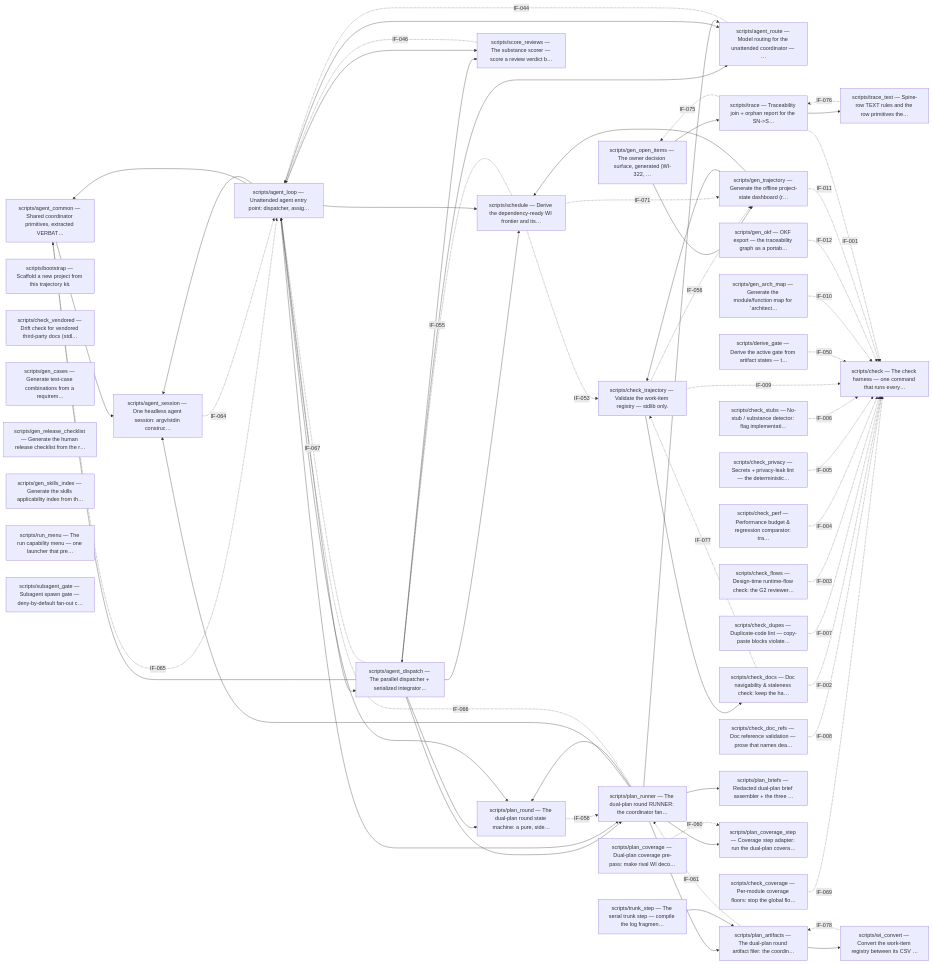
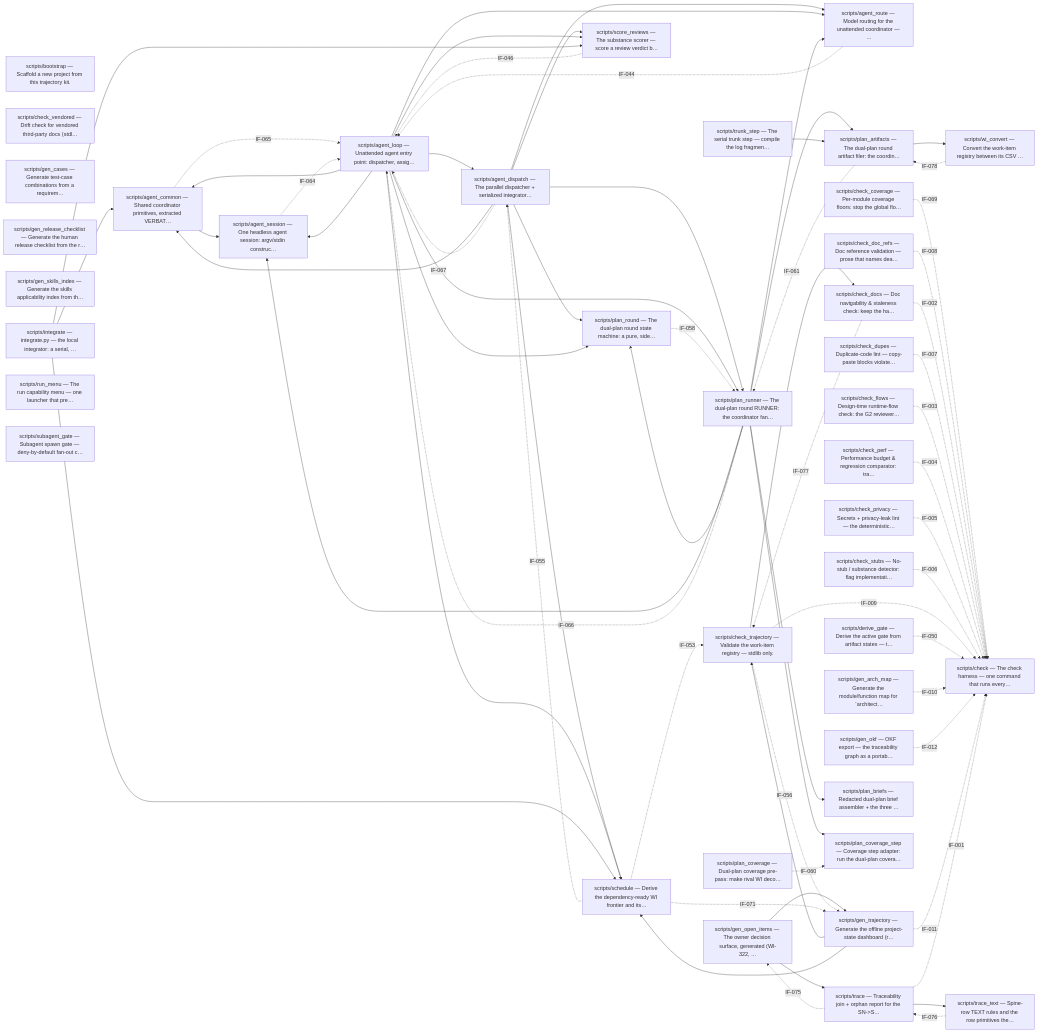
The first of 4 diagrams in docs/architecture.md (diytechy/ai-template), drawn with Mermaid before and after one commit. The commit also changed other lines of this file and 27 other files, not shown here.

```diff
--- a/docs/architecture.md
+++ b/docs/architecture.md
@@ -61,6 +61,7 @@
     m_scripts_gen_release_checklist["scripts/gen_release_checklist — Generate the human release checklist from the r…"]
     m_scripts_gen_skills_index["scripts/gen_skills_index — Generate the skills applicability index from th…"]
     m_scripts_gen_trajectory["scripts/gen_trajectory — Generate the offline project-state dashboard (r…"]
+    m_scripts_integrate["scripts/integrate — integrate.py — the local integrator: a serial, …"]
     m_scripts_plan_artifacts["scripts/plan_artifacts — The dual-plan round artifact filer: the coordin…"]
     m_scripts_plan_briefs["scripts/plan_briefs — Redacted dual-plan brief assembler + the three …"]
     m_scripts_plan_coverage["scripts/plan_coverage — Dual-plan coverage pre-pass: make rival WI deco…"]
@@ -95,6 +96,9 @@
     m_scripts_gen_open_items --> m_scripts_trace
     m_scripts_gen_trajectory --> m_scripts_check_trajectory
     m_scripts_gen_trajectory --> m_scripts_schedule
+    m_scripts_integrate --> m_scripts_agent_common
+    m_scripts_integrate --> m_scripts_schedule
+    m_scripts_integrate --> m_scripts_score_reviews
     m_scripts_plan_artifacts --> m_scripts_wi_convert
     m_scripts_plan_runner --> m_scripts_agent_route
     m_scripts_plan_runner --> m_scripts_agent_session
```
